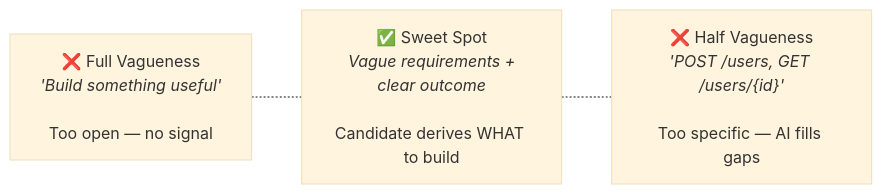
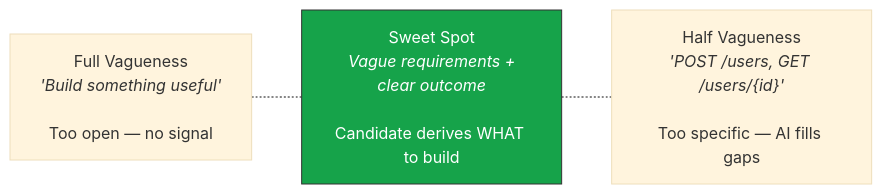
Before and after one commit to taokim/taokim.github.io: the first of 4 diagrams in content/posts/2026-02-24-ai-native-hiring-philosophy.md, drawn with Mermaid (base theme). The commit also changed other lines of this file and 1 other file, not shown here.

```diff
--- a/content/posts/2026-02-24-ai-native-hiring-philosophy.md
+++ b/content/posts/2026-02-24-ai-native-hiring-philosophy.md
@@ -112,8 +112,10 @@
 {{< mermaid title="The Vagueness Spectrum" >}}
 graph LR
-    A["❌ Full Vagueness<br/><i>'Build something useful'</i><br/><br/>Too open — no signal"]
-    B["✅ Sweet Spot<br/><i>Vague requirements +<br/>clear outcome</i><br/><br/>Candidate derives WHAT to build"]
-    C["❌ Half Vagueness<br/><i>'POST /users, GET /users/{id}'</i><br/><br/>Too specific — AI fills gaps"]
+    A["Full Vagueness<br/><i>'Build something useful'</i><br/><br/>Too open — no signal"]
+    B["Sweet Spot<br/><i>Vague requirements +<br/>clear outcome</i><br/><br/>Candidate derives WHAT to build"]
+    C["Half Vagueness<br/><i>'POST /users, GET /users/{id}'</i><br/><br/>Too specific — AI fills gaps"]
 
     A -.- B -.- C
+
+    style B fill:#16a34a,stroke:#333,color:#fff
 {{< /mermaid >}}
```
